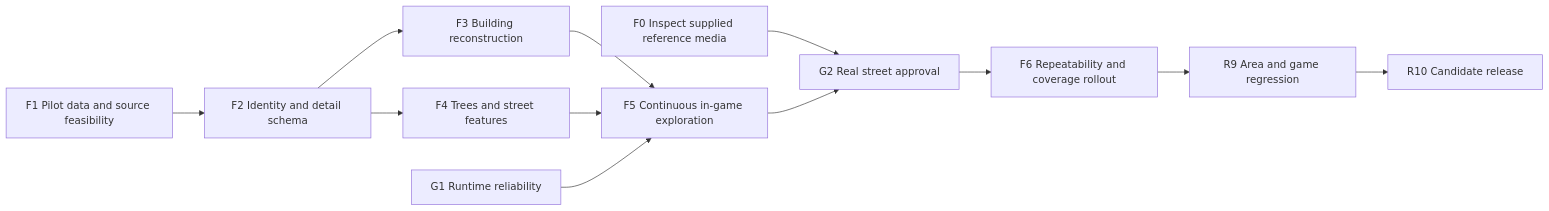
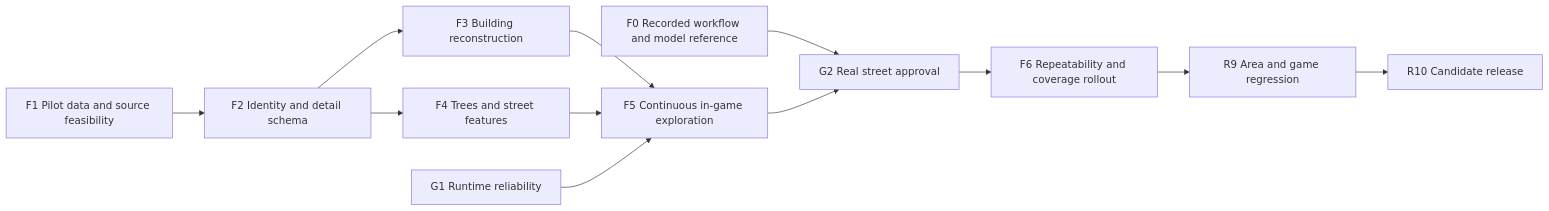
One commit to newbie1668/runway-startup-game changed the diagram in docs/superpowers/plans/2026-09-05-london-fidelity.md. Above: the diagram before and after it, drawn with Mermaid. The commit also changed other lines of this file and 15 other files, not shown here.

````diff
--- a/docs/superpowers/plans/2026-09-05-london-fidelity.md
+++ b/docs/superpowers/plans/2026-09-05-london-fidelity.md
@@ -25,14 +25,14 @@
 ```mermaid
 flowchart LR
-  F0[F0 Inspect supplied reference media] --> G2[G2 Real street approval]
+  F0[F0 Recorded workflow and model reference] --> G2[G2 Real street approval]
   F1[F1 Pilot data and source feasibility] --> F2[F2 Identity and detail schema]
   F2 --> F3[F3 Building reconstruction]
   F2 --> F4[F4 Trees and street features]
   F3 --> F5[F5 Continuous in-game exploration]
   F4 --> F5
   G1[G1 Runtime reliability] --> F5
   F5 --> G2
   G2 --> F6[F6 Repeatability and coverage rollout]
   F6 --> R9[R9 Area and game regression]
   R9 --> R10[R10 Candidate release]
 ```
````
